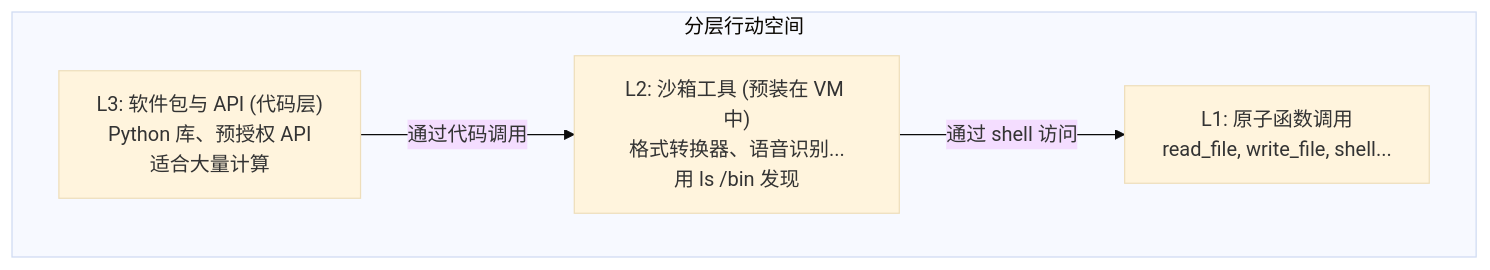
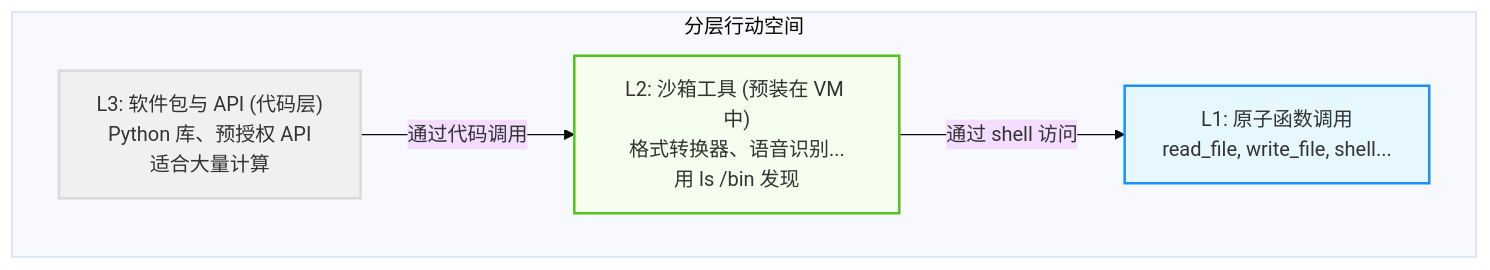
The third of 4 diagrams in 03_memory/3.6_context_engineering.md (yeasy/agentic_ai_guide), drawn with Mermaid (base theme) before and after one commit. The commit also changed other lines of this file and 36 other files, not shown here.

````diff
--- a/03_memory/3.6_context_engineering.md
+++ b/03_memory/3.6_context_engineering.md
@@ -536,13 +551,22 @@
 ```mermaid
 graph TD
+    %% Agentic Design System
+    classDef agent fill:#e6f7ff,stroke:#1890ff,stroke-width:2px;
+    classDef tool fill:#f6ffed,stroke:#52c41a,stroke-width:2px;
+    classDef env fill:#f0f0f0,stroke:#d9d9d9,stroke-width:2px;
+
     subgraph ActionSpace["分层行动空间"]
         L3["L3: 软件包与 API (代码层)<br/>Python 库、预授权 API<br/>适合大量计算"]
         
         L2["L2: 沙箱工具 (预装在 VM 中)<br/>格式转换器、语音识别...<br/>用 ls /bin 发现"]
         
         L1["L1: 原子函数调用<br/>read_file, write_file, shell..."]
         
         L3 -->|通过代码调用| L2
         L2 -->|通过 shell 访问| L1
     end
+    
+    class L1 agent;
+    class L2 tool;
+    class L3 env;
 ```
````
